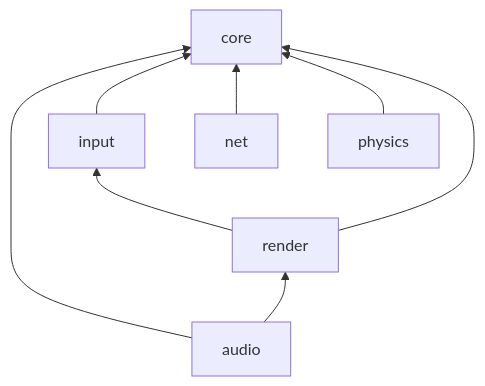
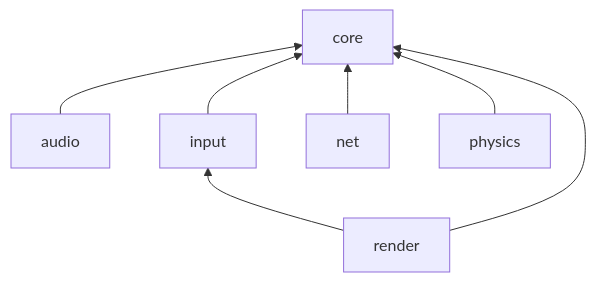
The diagram in docs/mkdocs/architecture/index.md (Boz0o0/Ampersand-Engine), drawn with Mermaid before and after one commit. The commit also changed other lines of this file and 1 other file, not shown here.

Commit message:
fix(engine-audio): audio no longer depends on render

````diff
--- a/docs/mkdocs/architecture/index.md
+++ b/docs/mkdocs/architecture/index.md
@@ -18,10 +18,9 @@
 ```mermaid
 graph BT
     audio[audio] --> core[core]
     input[input] --> core
     net[net] --> core
     physics[physics] --> core
     render[render] --> core
-    audio --> render
     render --> input
 ```
````
